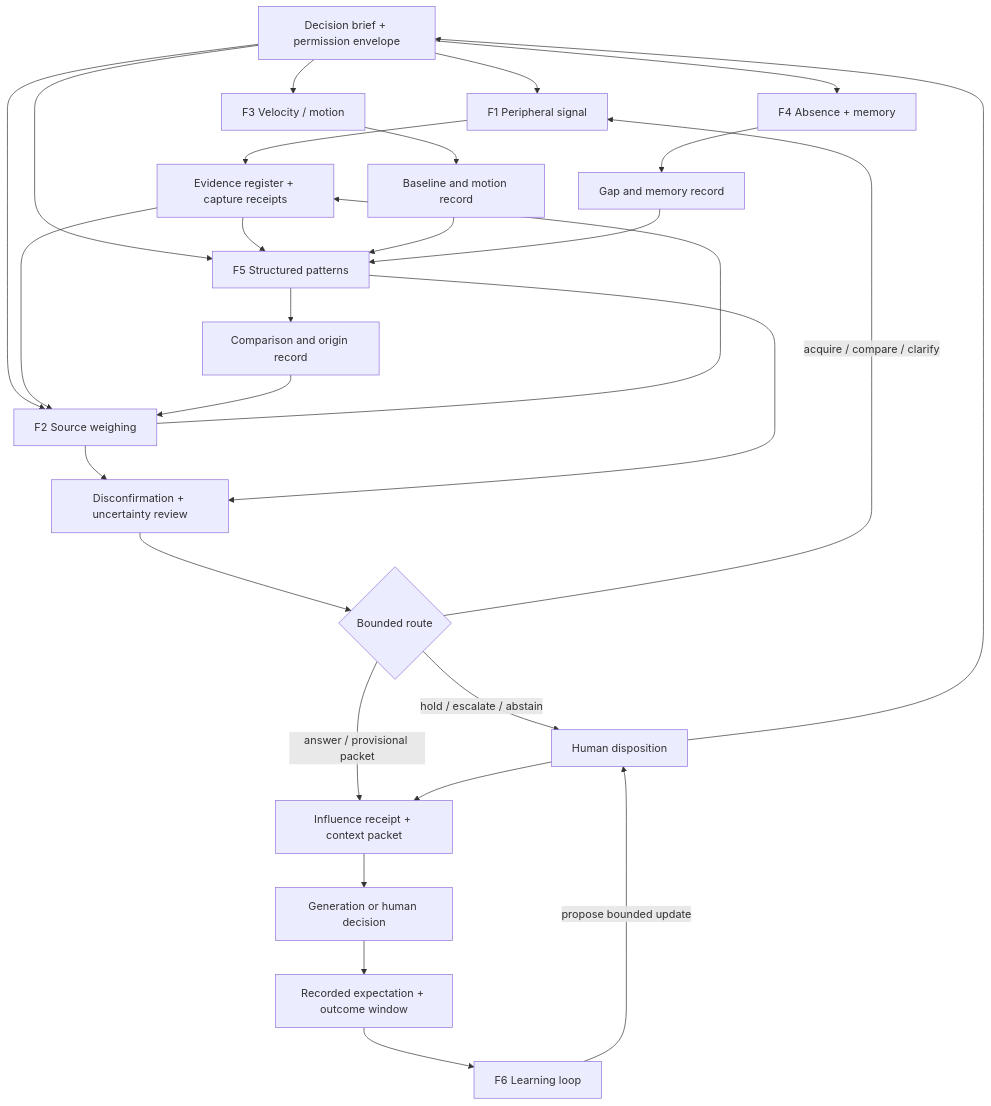
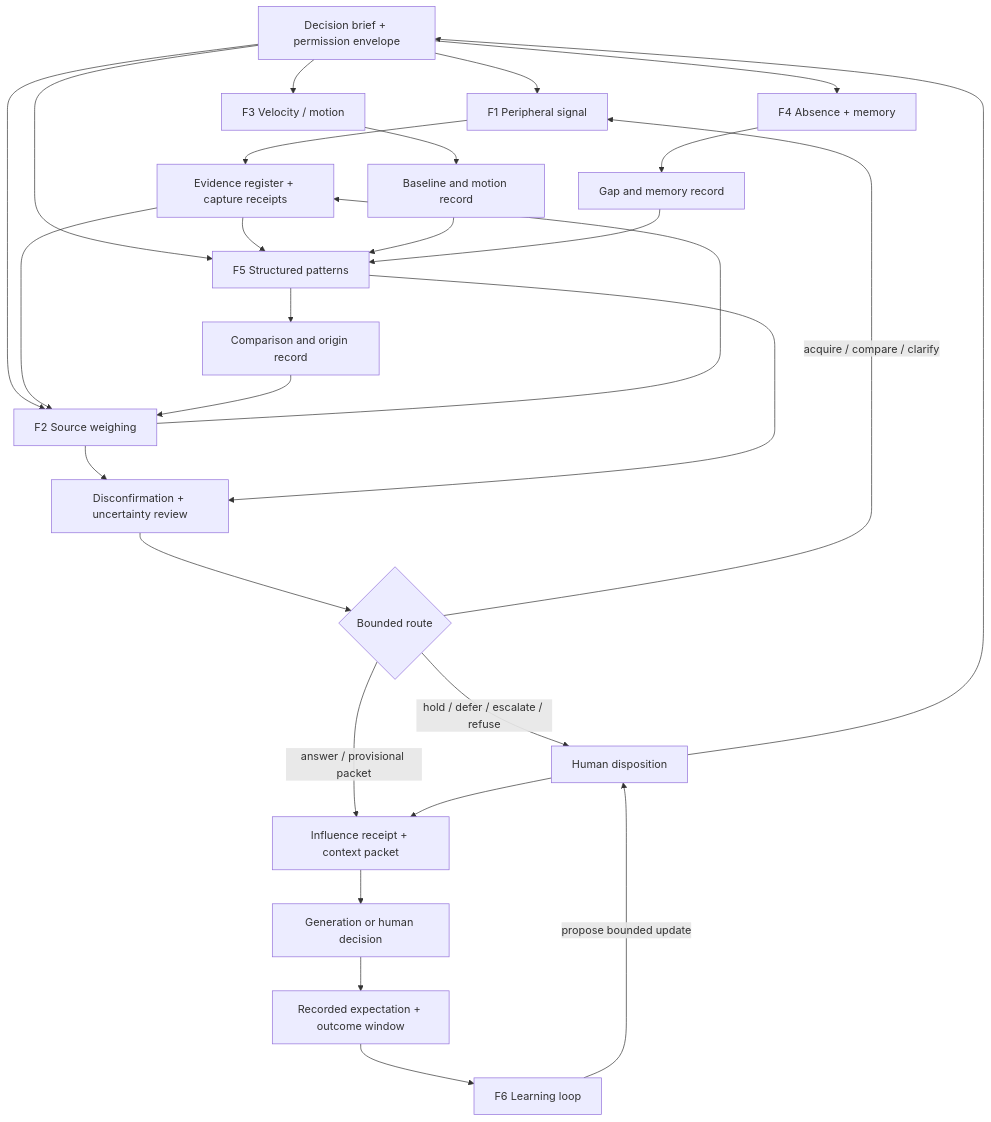
The diagram in framework/RELATIONSHIP_MAP.md (adonisdv23/Pattern-Map), drawn with Mermaid before and after one commit. The commit also changed 24 other files, not shown here.

```diff
--- a/framework/RELATIONSHIP_MAP.md
+++ b/framework/RELATIONSHIP_MAP.md
@@ -11,30 +11,30 @@
 ~~~mermaid
 flowchart TD
     A["Decision brief + permission envelope"] --> B["F1 Peripheral signal"]
     A --> C["F2 Source weighing"]
     A --> D["F3 Velocity / motion"]
     A --> E["F4 Absence + memory"]
     A --> F["F5 Structured patterns"]
     B --> G["Evidence register + capture receipts"]
     C --> G
     D --> H["Baseline and motion record"]
     E --> I["Gap and memory record"]
     F --> J["Comparison and origin record"]
     G --> C
     G --> F
     H --> F
     I --> F
     J --> C
     C --> K["Disconfirmation + uncertainty review"]
     F --> K
     K --> L{"Bounded route"}
     L -->|"acquire / compare / clarify"| B
-    L -->|"hold / escalate / abstain"| M["Human disposition"]
+    L -->|"hold / defer / escalate / refuse"| M["Human disposition"]
     L -->|"answer / provisional packet"| N["Influence receipt + context packet"]
     M --> N
     N --> O["Generation or human decision"]
     O --> P["Recorded expectation + outcome window"]
     P --> Q["F6 Learning loop"]
     Q -->|"propose bounded update"| M
     M --> A
 ~~~
```
